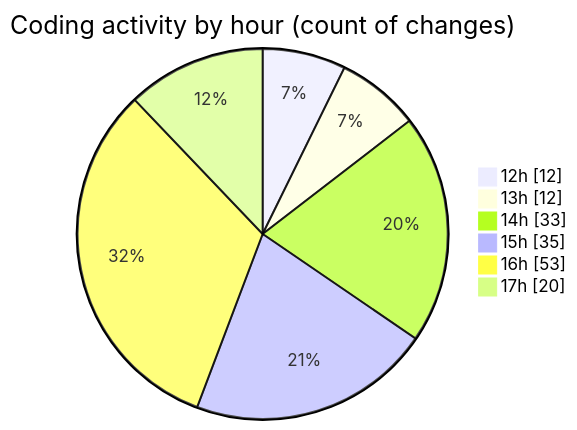
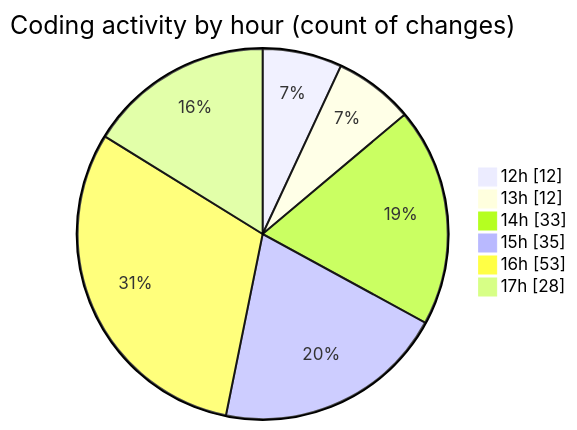
The second of 2 diagrams in 2025-09-24/cda/README.md (momahboobian/code-tracking), drawn with Mermaid before and after one commit. The commit also changed other lines of this file and 1 other file, not shown here.

````diff
--- a/2025-09-24/cda/README.md
+++ b/2025-09-24/cda/README.md
@@ -43,10 +43,10 @@
 ```mermaid
 pie showData
 title Coding activity by hour (count of changes)
 "12h" : 12
 "13h" : 12
 "14h" : 33
 "15h" : 35
 "16h" : 53
-"17h" : 20
+"17h" : 28
 ```
````
